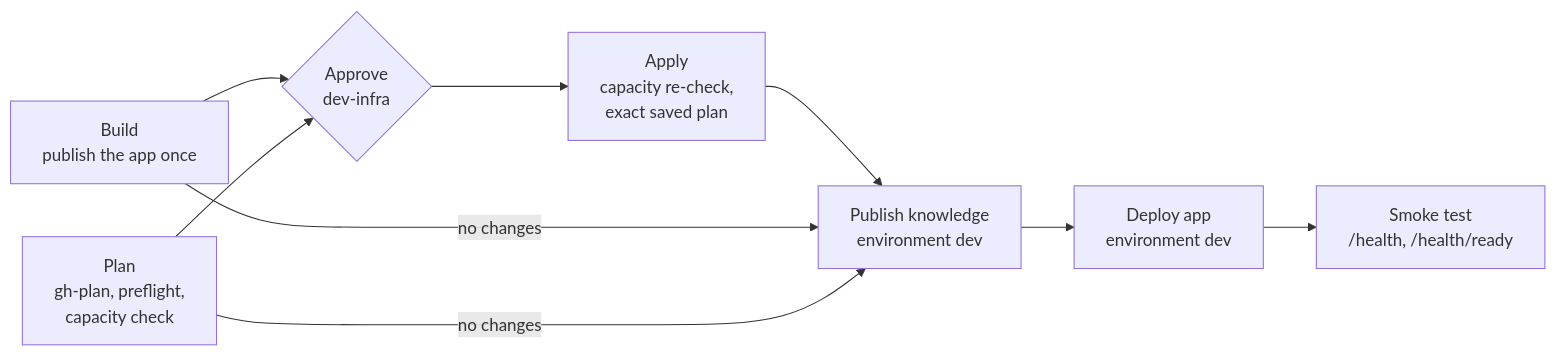
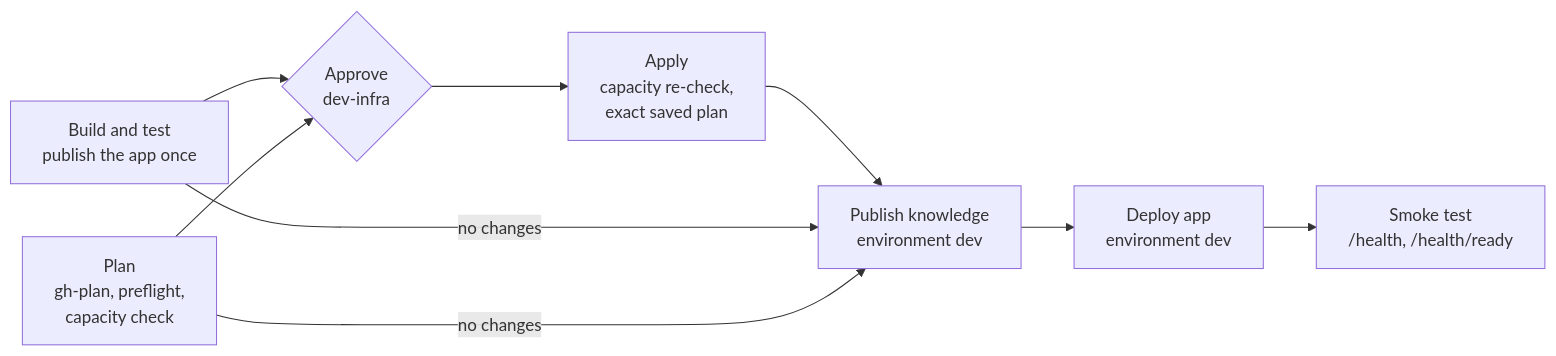
The first of 2 diagrams in docs/Deployment.md (ankurparekh1988/payment-ops-investigation-agent), drawn with Mermaid before and after one commit. The commit also changed other lines of this file and 1 other file, not shown here.

Commit message:
ci: run the test suite in CD before publishing the app (#23)
Runs the full test suite in CD before publishing, so a failing test stops the deployment.

- CD runs on every push to `main` without waiting for CI, so a failure that first appeared after merging (CI on `1630e73`) still deployed.
- The Build job (now "Build and test") builds the solution, runs the tests, then publishes the web app with `--no-build` from those binaries. Apply, Deploy app and Smoke test already depend on it.
- `docs/Deployment.md`: the job table and diagram.

Verified: the new step sequence run locally (793 tests passing), and the `--no-build` publish produces the same 91 files as a normal publish.

````diff
--- a/docs/Deployment.md
+++ b/docs/Deployment.md
@@ -195,11 +195,11 @@
 ```mermaid
 flowchart LR
-  B["Build<br/>publish the app once"] --> A
+  B["Build and test<br/>publish the app once"] --> A
   P["Plan<br/>gh-plan, preflight,<br/>capacity check"] --> A{"Approve<br/>dev-infra"}
   A --> AP["Apply<br/>capacity re-check,<br/>exact saved plan"]
   AP --> K["Publish knowledge<br/>environment dev"]
   B -->|no changes| K
   P -->|no changes| K
   K --> D["Deploy app<br/>environment dev"]
   D --> S["Smoke test<br/>/health, /health/ready"]
 ```
````
